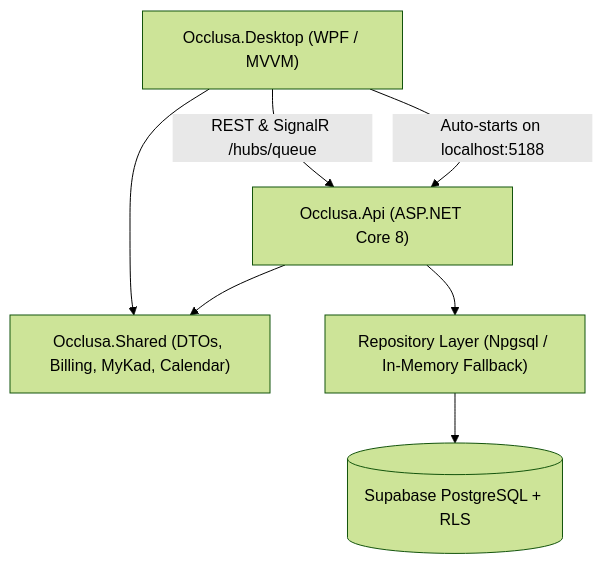
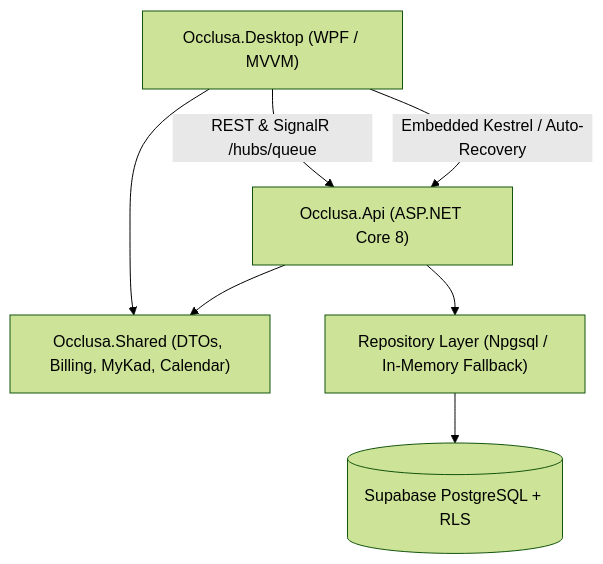
Before and after one commit to badrolazim/Occlusa: the diagram in README.md, drawn with Mermaid (forest theme). The commit also changed other lines of this file and 20 other files, not shown here.

Commit message:
feat(appointments): add 15-min proportional timeline, drag rescheduling, and embedded API host (v0.2.0)

````diff
--- a/README.md
+++ b/README.md
@@ -21,9 +21,9 @@
 ```mermaid
 graph TD
     Desktop["Occlusa.Desktop (WPF / MVVM)"] -->|REST & SignalR /hubs/queue| Api["Occlusa.Api (ASP.NET Core 8)"]
-    Desktop -->|Auto-starts on localhost:5188| Api
+    Desktop -->|Embedded Kestrel / Auto-Recovery| Api
     Desktop --> Shared["Occlusa.Shared (DTOs, Billing, MyKad, Calendar)"]
     Api --> Shared
     Api --> Repo["Repository Layer (Npgsql / In-Memory Fallback)"]
     Repo --> DB[(Supabase PostgreSQL + RLS)]
 ```
````
